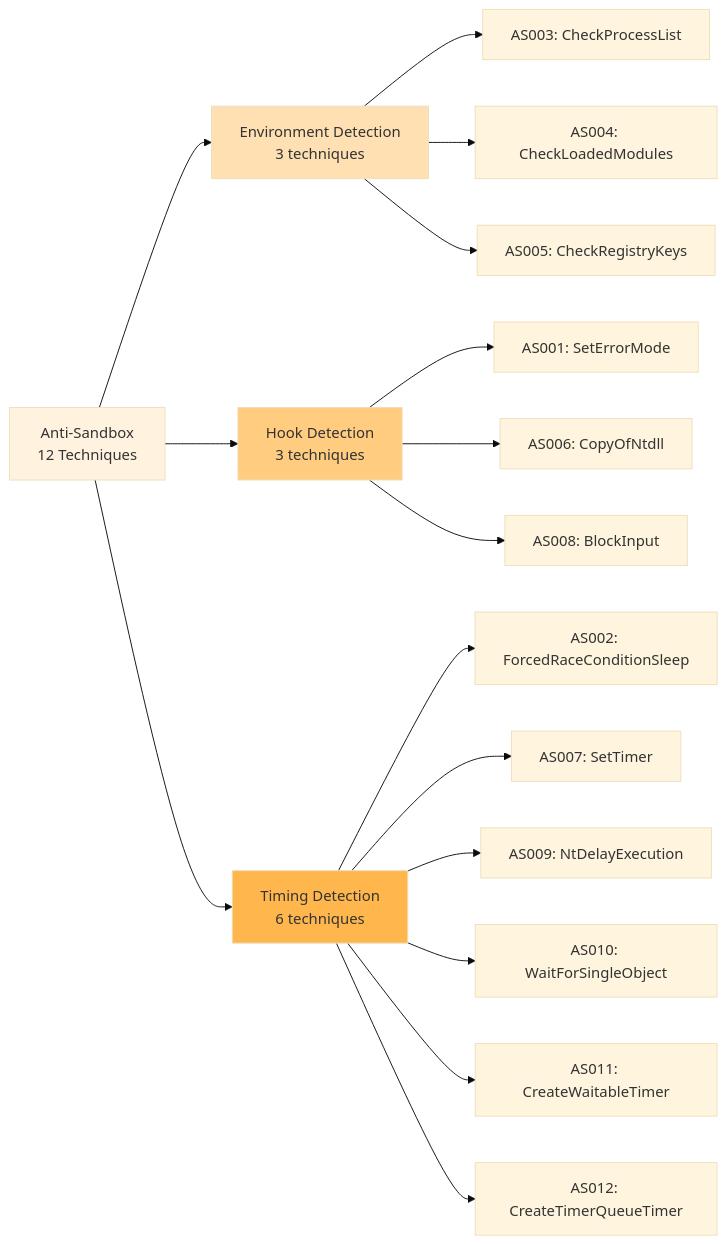
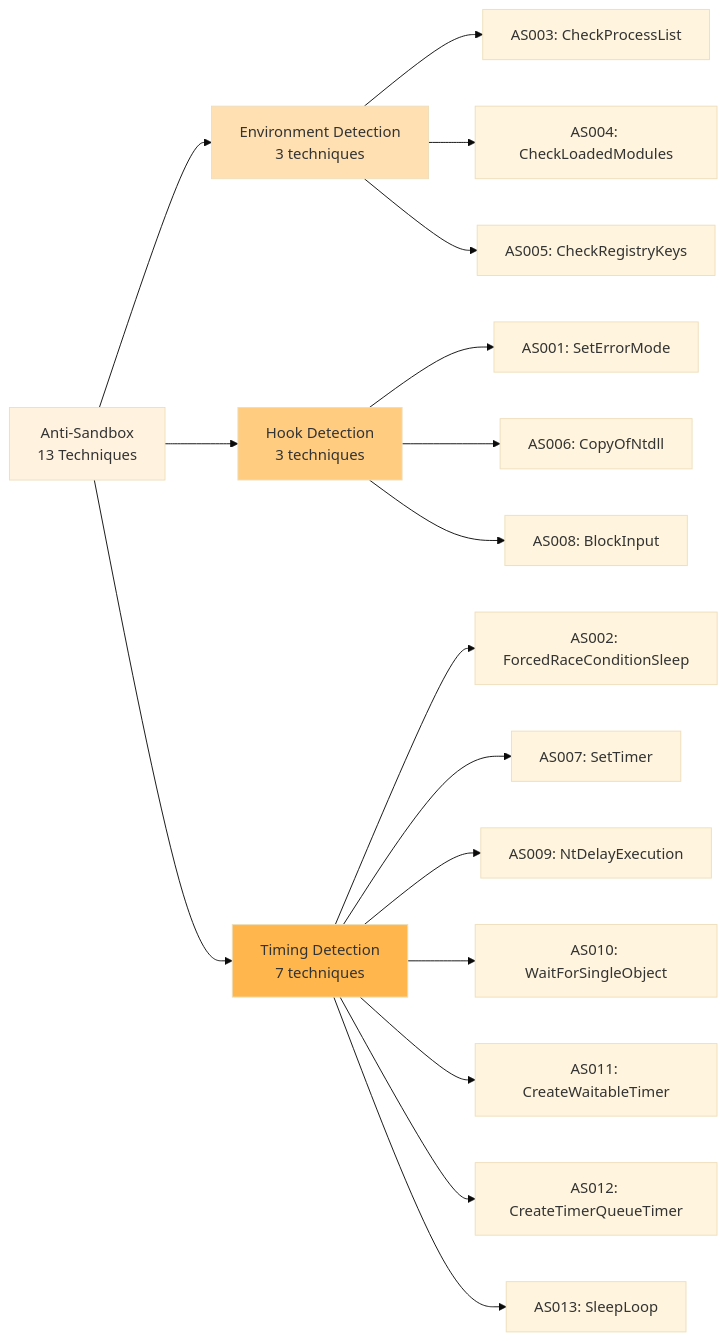
One commit to mabj/anti changed the fourth of 8 diagrams in docs/diagrams/taxonomy.md. Above: the diagram before and after it, drawn with Mermaid (base theme). The commit also changed other lines of this file and 9 other files, not shown here.

Commit message:
Adding new time-based anti-sandbox technique AS013.

````diff
--- a/docs/diagrams/taxonomy.md
+++ b/docs/diagrams/taxonomy.md
@@ -127,28 +127,29 @@
 ```mermaid
 graph LR
-    AS[Anti-Sandbox<br/>12 Techniques]
+    AS[Anti-Sandbox<br/>13 Techniques]
 
     AS --> ENV[Environment Detection<br/>3 techniques]
     AS --> HOOK[Hook Detection<br/>3 techniques]
-    AS --> TIME[Timing Detection<br/>6 techniques]
+    AS --> TIME[Timing Detection<br/>7 techniques]
 
     ENV --> ENV1[AS003: CheckProcessList]
     ENV --> ENV2[AS004: CheckLoadedModules]
     ENV --> ENV3[AS005: CheckRegistryKeys]
 
     HOOK --> HOOK1[AS001: SetErrorMode]
     HOOK --> HOOK2[AS006: CopyOfNtdll]
     HOOK --> HOOK3[AS008: BlockInput]
 
     TIME --> TIME1[AS002: ForcedRaceConditionSleep]
     TIME --> TIME2[AS007: SetTimer]
     TIME --> TIME3[AS009: NtDelayExecution]
     TIME --> TIME4[AS010: WaitForSingleObject]
     TIME --> TIME5[AS011: CreateWaitableTimer]
     TIME --> TIME6[AS012: CreateTimerQueueTimer]
+    TIME --> TIME7[AS013: SleepLoop]
 
     style AS fill:#fff3e0
     style ENV fill:#ffe0b2
     style HOOK fill:#ffcc80
     style TIME fill:#ffb74d
 ```
````
